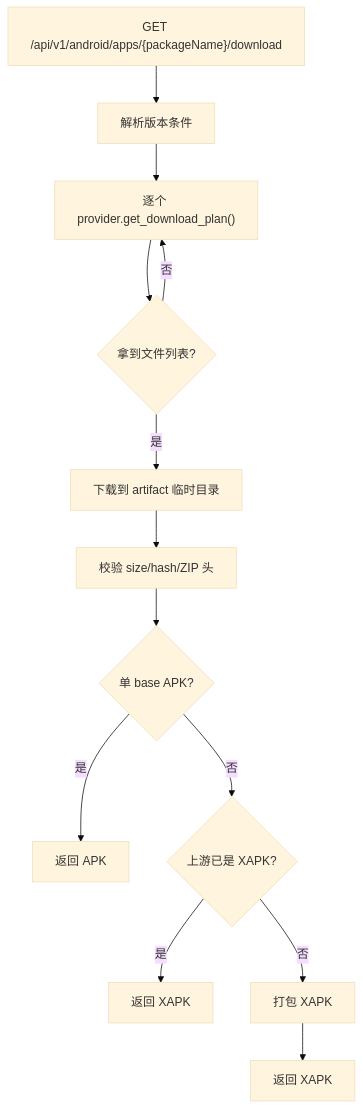
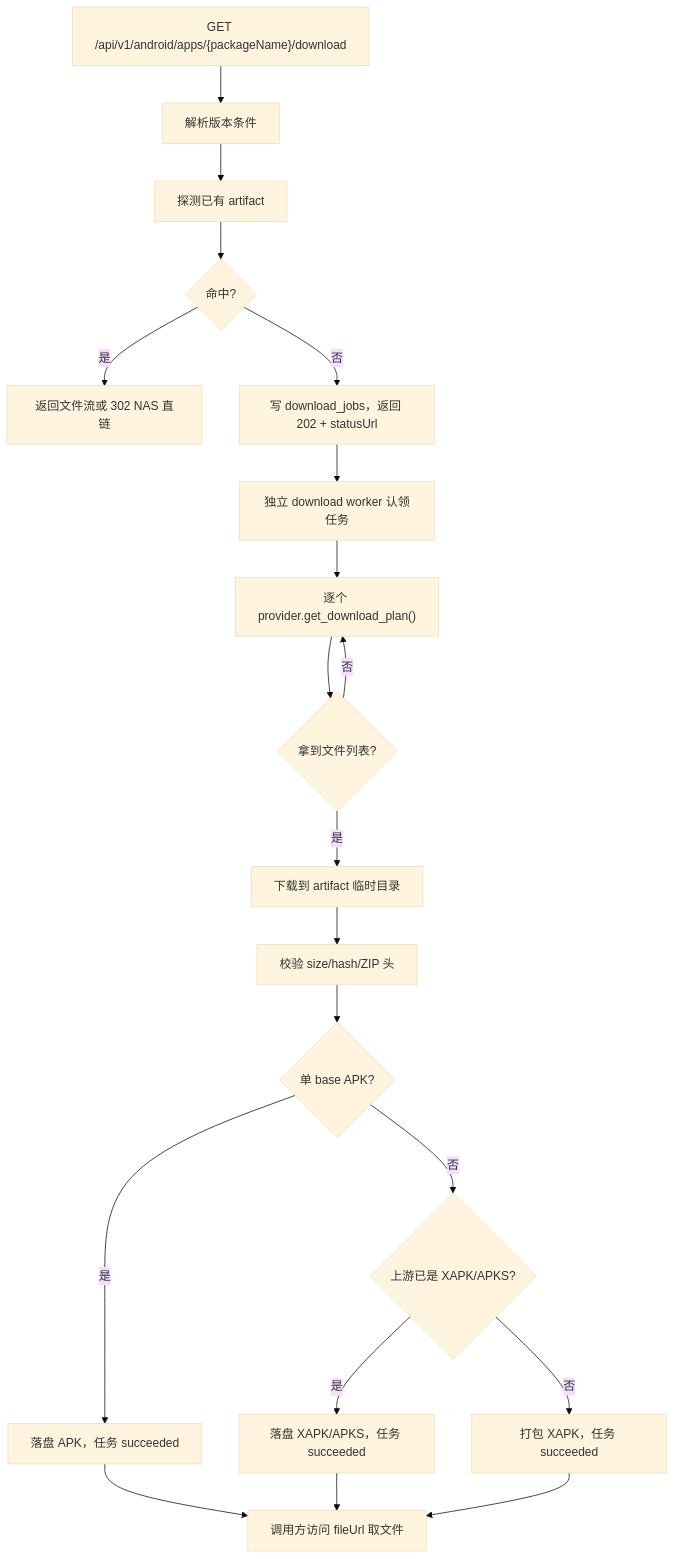
The second of 2 diagrams in develop/android-package-service-design.md (amber2024d/android-package-service), drawn with Mermaid (base theme) before and after one commit. The commit also changed other lines of this file and 28 other files, not shown here.

````diff
--- a/develop/android-package-service-design.md
+++ b/develop/android-package-service-design.md
@@ -178,15 +181,22 @@
 ```mermaid
 flowchart TD
     A["GET /api/v1/android/apps/{packageName}/download"] --> B["解析版本条件"]
-    B --> C["逐个 provider.get_download_plan()"]
-    C --> D{"拿到文件列表?"}
-    D -- "否" --> C
-    D -- "是" --> E["下载到 artifact 临时目录"]
-    E --> F["校验 size/hash/ZIP 头"]
-    F --> G{"单 base APK?"}
-    G -- "是" --> H["返回 APK"]
-    G -- "否" --> I{"上游已是 XAPK?"}
-    I -- "是" --> J["返回 XAPK"]
-    I -- "否" --> K["打包 XAPK"]
-    K --> L["返回 XAPK"]
+    B --> C["探测已有 artifact"]
+    C --> D{"命中?"}
+    D -- "是" --> E["返回文件流或 302 NAS 直链"]
+    D -- "否" --> F["写 download_jobs，返回 202 + statusUrl"]
+    F --> G["独立 download worker 认领任务"]
+    G --> H["逐个 provider.get_download_plan()"]
+    H --> I{"拿到文件列表?"}
+    I -- "否" --> H
+    I -- "是" --> J["下载到 artifact 临时目录"]
+    J --> K["校验 size/hash/ZIP 头"]
+    K --> L{"单 base APK?"}
+    L -- "是" --> M["落盘 APK，任务 succeeded"]
+    L -- "否" --> N{"上游已是 XAPK/APKS?"}
+    N -- "是" --> O["落盘 XAPK/APKS，任务 succeeded"]
+    N -- "否" --> P["打包 XAPK，任务 succeeded"]
+    M --> Q["调用方访问 fileUrl 取文件"]
+    O --> Q
+    P --> Q
 ```
````
